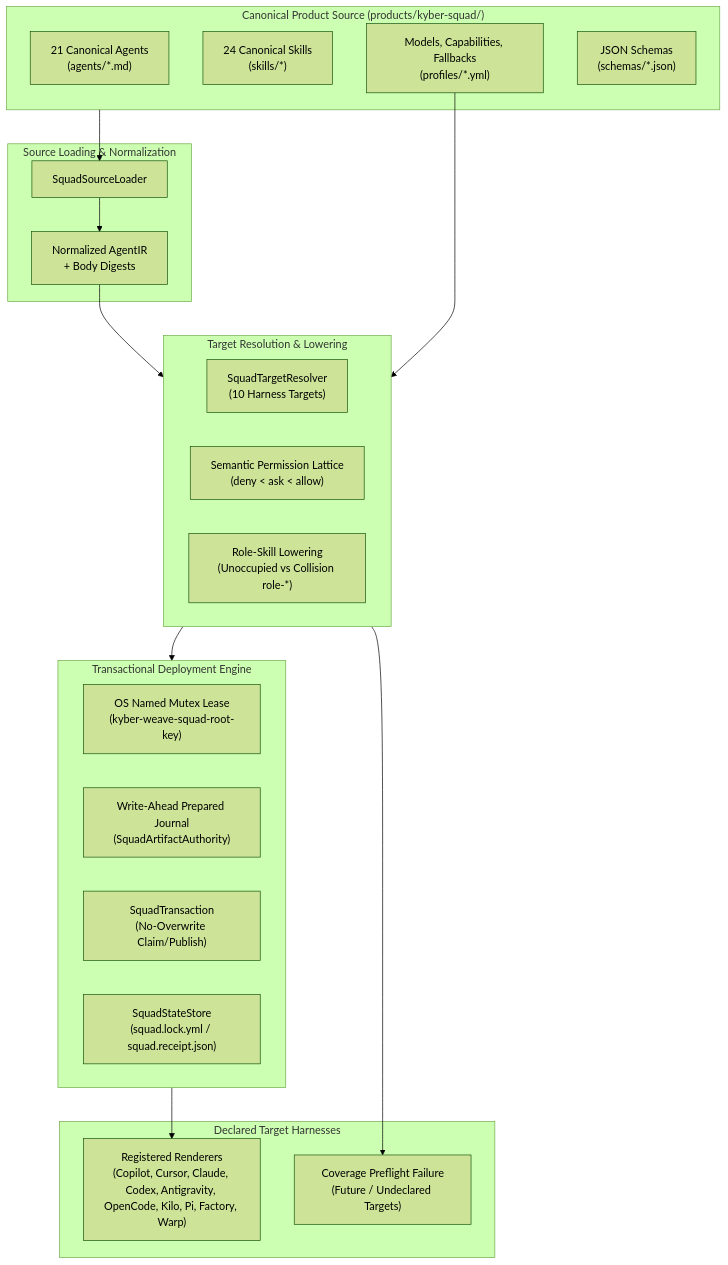
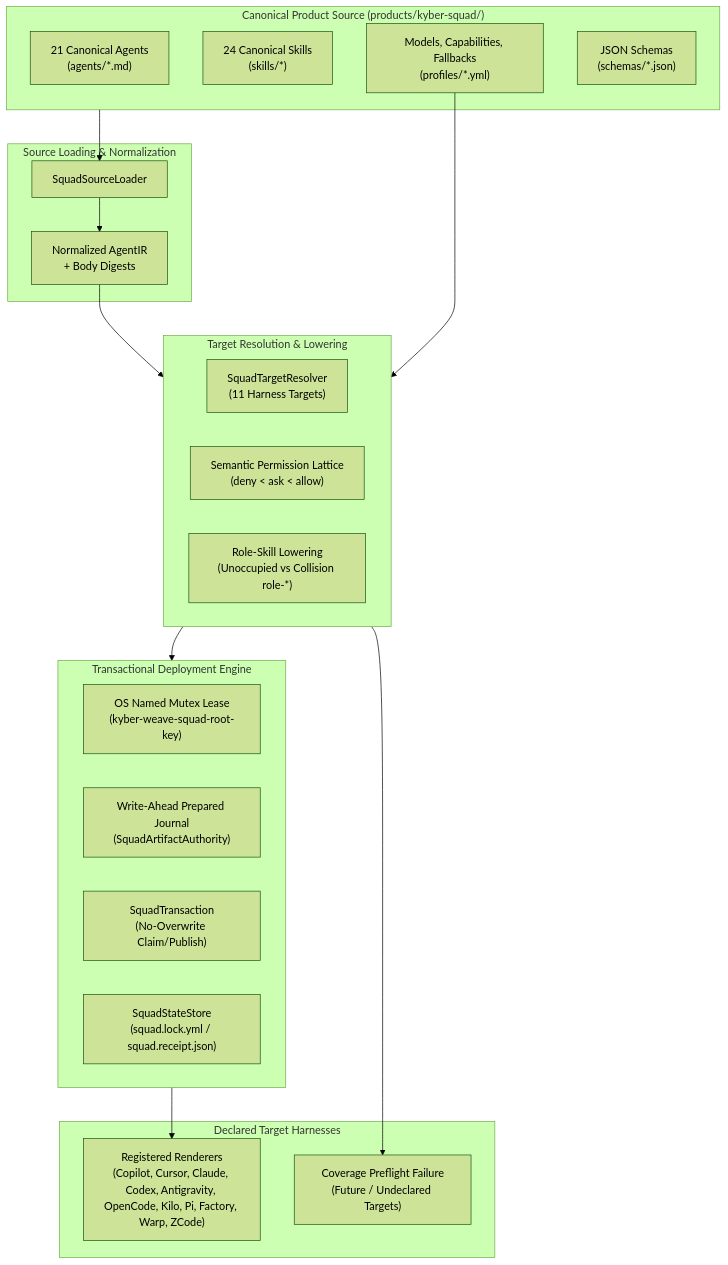
Before and after one commit to dpalfery/kyber-weave: the first of 4 diagrams in docs/kyber-squad/architecture.md, drawn with Mermaid (forest theme). The commit also changed other lines of this file and 3 other files, not shown here.

Commit message:
docs(squad): align architecture, requirements, and onboarding to native Antigravity (C5)

````diff
--- a/docs/kyber-squad/architecture.md
+++ b/docs/kyber-squad/architecture.md
@@ -48,40 +49,40 @@
 ```mermaid
 flowchart TD
     subgraph CanonicalSource["Canonical Product Source (products/kyber-squad/)"]
         Agents["21 Canonical Agents\n(agents/*.md)"]
         Skills["24 Canonical Skills\n(skills/*)"]
         Profiles["Models, Capabilities, Fallbacks\n(profiles/*.yml)"]
         Schemas["JSON Schemas\n(schemas/*.json)"]
     end
 
     subgraph Loader["Source Loading & Normalization"]
         SquadSourceLoader["SquadSourceLoader"]
         AgentIR["Normalized AgentIR\n+ Body Digests"]
     end
 
     subgraph Compiler["Target Resolution & Lowering"]
-        SquadTargetResolver["SquadTargetResolver\n(10 Harness Targets)"]
+        SquadTargetResolver["SquadTargetResolver\n(11 Harness Targets)"]
         Lattice["Semantic Permission Lattice\n(deny < ask < allow)"]
         Lowering["Role-Skill Lowering\n(Unoccupied vs Collision role-*)"]
     end
 
     subgraph DeploymentEngine["Transactional Deployment Engine"]
         Mutex["OS Named Mutex Lease\n(kyber-weave-squad-root-key)"]
         Journal["Write-Ahead Prepared Journal\n(SquadArtifactAuthority)"]
         Transaction["SquadTransaction\n(No-Overwrite Claim/Publish)"]
         StateStore["SquadStateStore\n(squad.lock.yml / squad.receipt.json)"]
     end
 
     subgraph TargetHarnesses["Declared Target Harnesses"]
-        RegisteredTargets["Registered Renderers\n(Copilot, Cursor, Claude, Codex, Antigravity, OpenCode, Kilo, Pi, Factory, Warp)"]
+        RegisteredTargets["Registered Renderers\n(Copilot, Cursor, Claude, Codex, Antigravity, OpenCode, Kilo, Pi, Factory, Warp, ZCode)"]
         UnsupportedTargets["Coverage Preflight Failure\n(Future / Undeclared Targets)"]
     end
 
     CanonicalSource --> SquadSourceLoader
     SquadSourceLoader --> AgentIR
     AgentIR --> Compiler
     Profiles --> Compiler
     Compiler --> DeploymentEngine
     DeploymentEngine --> RegisteredTargets
     Compiler --> UnsupportedTargets
 ```
````
